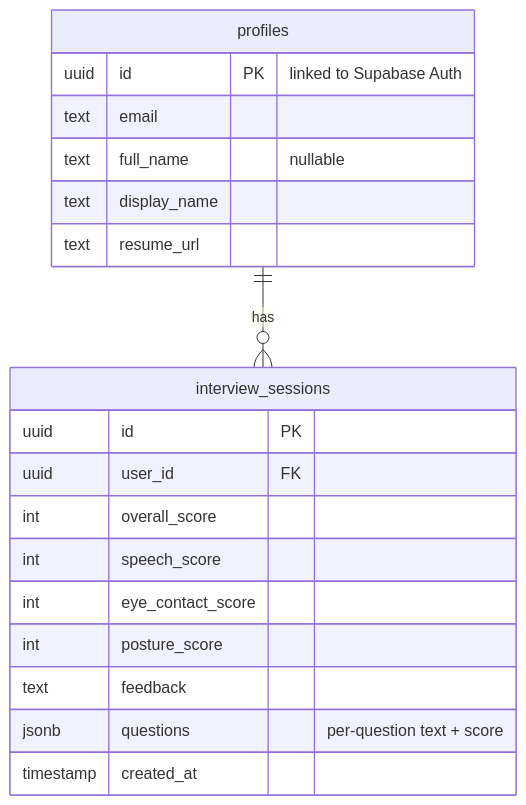
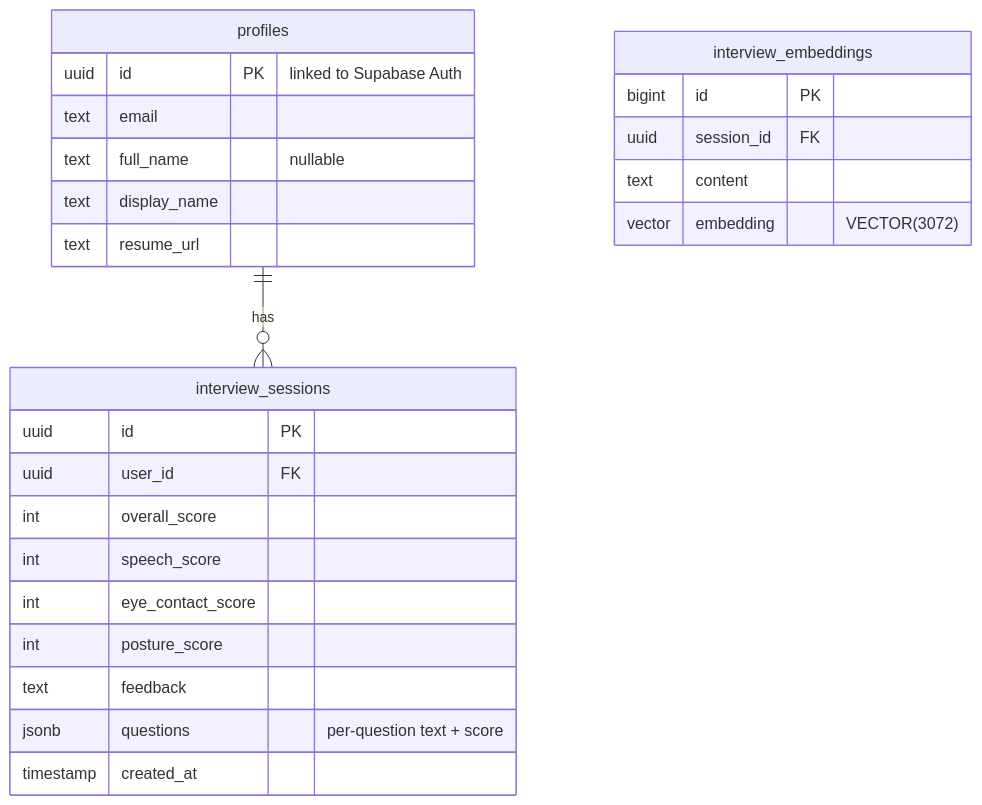
Before and after one commit to aryanassit/MOCKSTAR: the third of 3 diagrams in README.md, drawn with Mermaid. The commit also changed other lines of this file, not shown here.

````diff
--- a/README.md
+++ b/README.md
@@ -329,22 +342,28 @@
 ```mermaid
 erDiagram
     profiles ||--o{ interview_sessions : "has"
     profiles {
         uuid id PK "linked to Supabase Auth"
         text email
         text full_name "nullable"
         text display_name
         text resume_url
     }
     interview_sessions {
         uuid id PK
         uuid user_id FK
         int overall_score
         int speech_score
         int eye_contact_score
         int posture_score
         text feedback
         jsonb questions "per-question text + score"
         timestamp created_at
     }
+    interview_embeddings {
+        bigint id PK
+        uuid session_id FK
+        text content
+        vector embedding "VECTOR(3072)"
+    }
 ```
````
